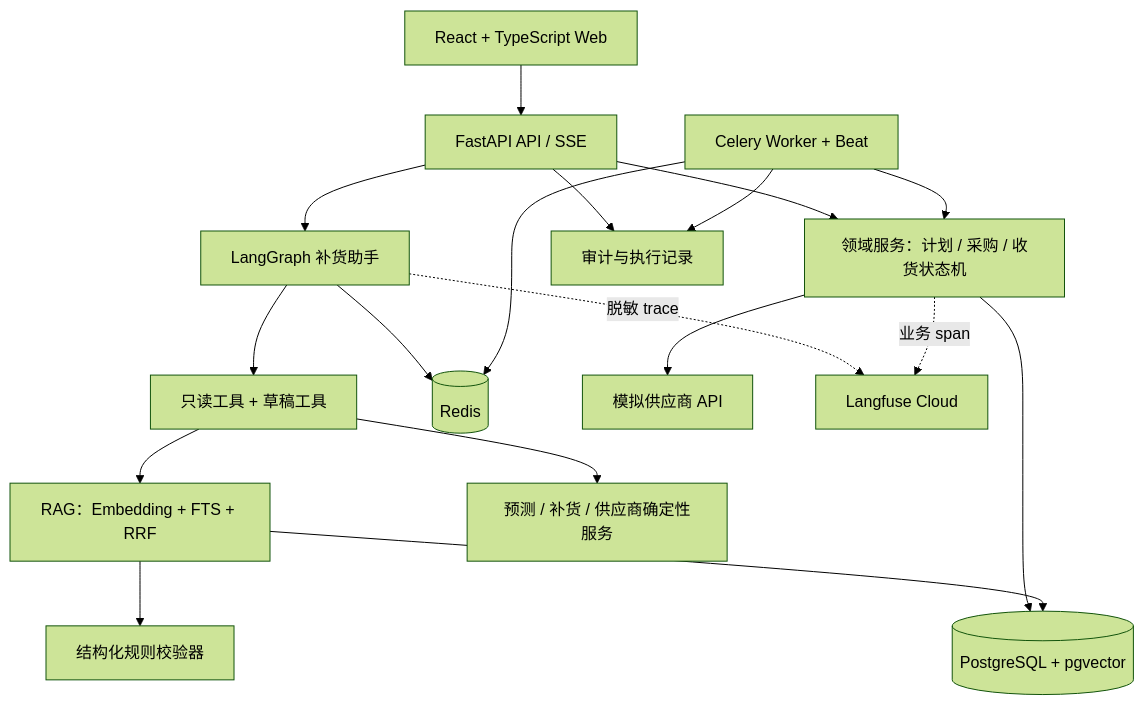
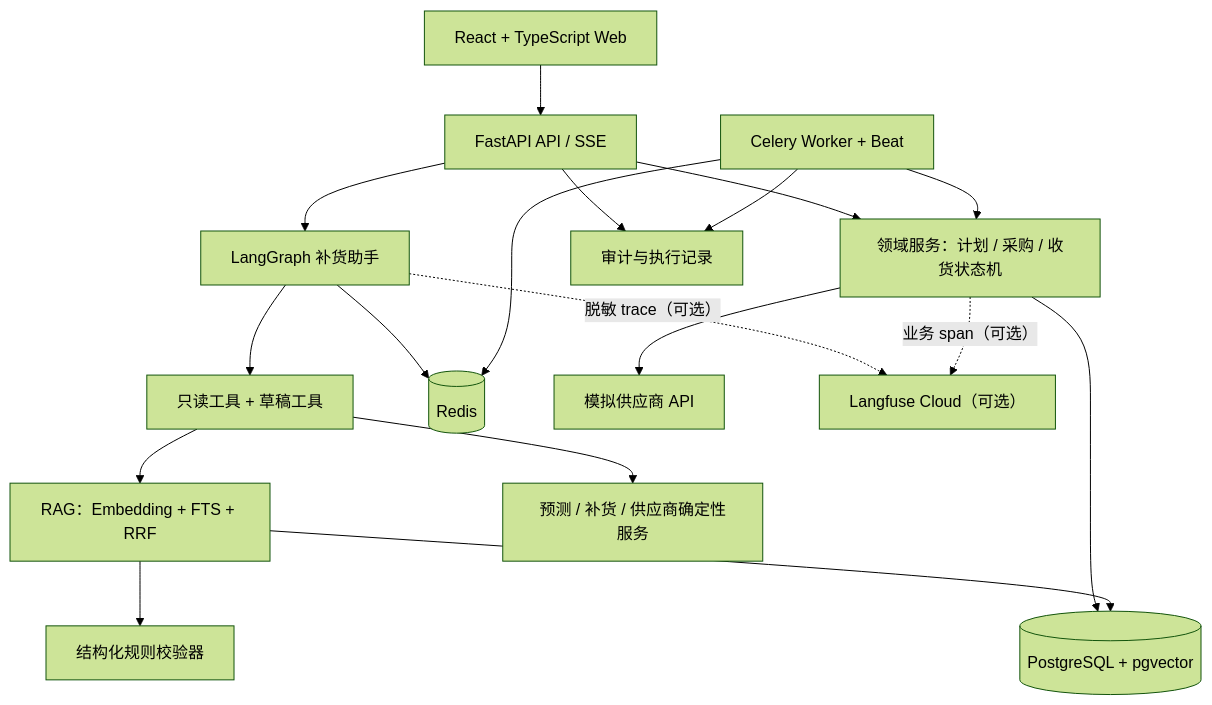
The first of 3 diagrams in StockMind架构设计文档.md (fengyun-zpd/zpd), drawn with Mermaid (forest theme) before and after one commit. The commit also changed other lines of this file and 142 other files, not shown here.

````diff
--- a/StockMind架构设计文档.md
+++ b/StockMind架构设计文档.md
@@ -18,35 +18,35 @@
 ```mermaid
 flowchart TB
   UI[React + TypeScript Web]
   API[FastAPI API / SSE]
   G[LangGraph 补货助手]
   T[只读工具 + 草稿工具]
   R[RAG：Embedding + FTS + RRF]
   V[结构化规则校验器]
   F[预测 / 补货 / 供应商确定性服务]
   D[领域服务：计划 / 采购 / 收货状态机]
   DB[(PostgreSQL + pgvector)]
   X[(Redis)]
   C[Celery Worker + Beat]
   S[模拟供应商 API]
-  O[Langfuse Cloud]
+  O[Langfuse Cloud（可选）]
   A[审计与执行记录]
 
   UI --> API
   API --> G
   G --> T
   T --> R
   R --> V
   T --> F
   API --> D
   C --> D
   D --> DB
   R --> DB
   G --> X
   C --> X
   D --> S
   API --> A
   C --> A
-  G -.脱敏 trace.-> O
-  D -.业务 span.-> O
+  G -.脱敏 trace（可选）.-> O
+  D -.业务 span（可选）.-> O
 ```
````
